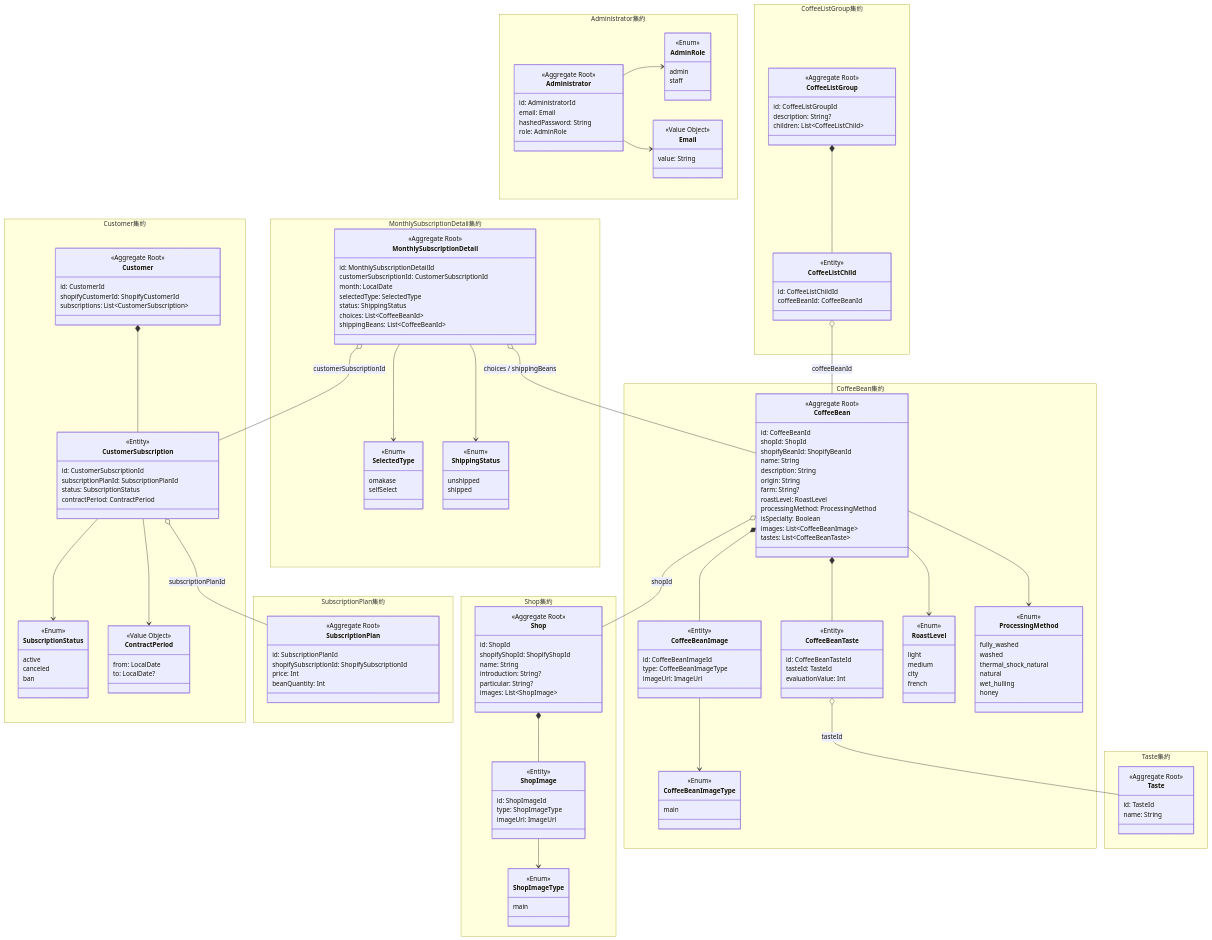
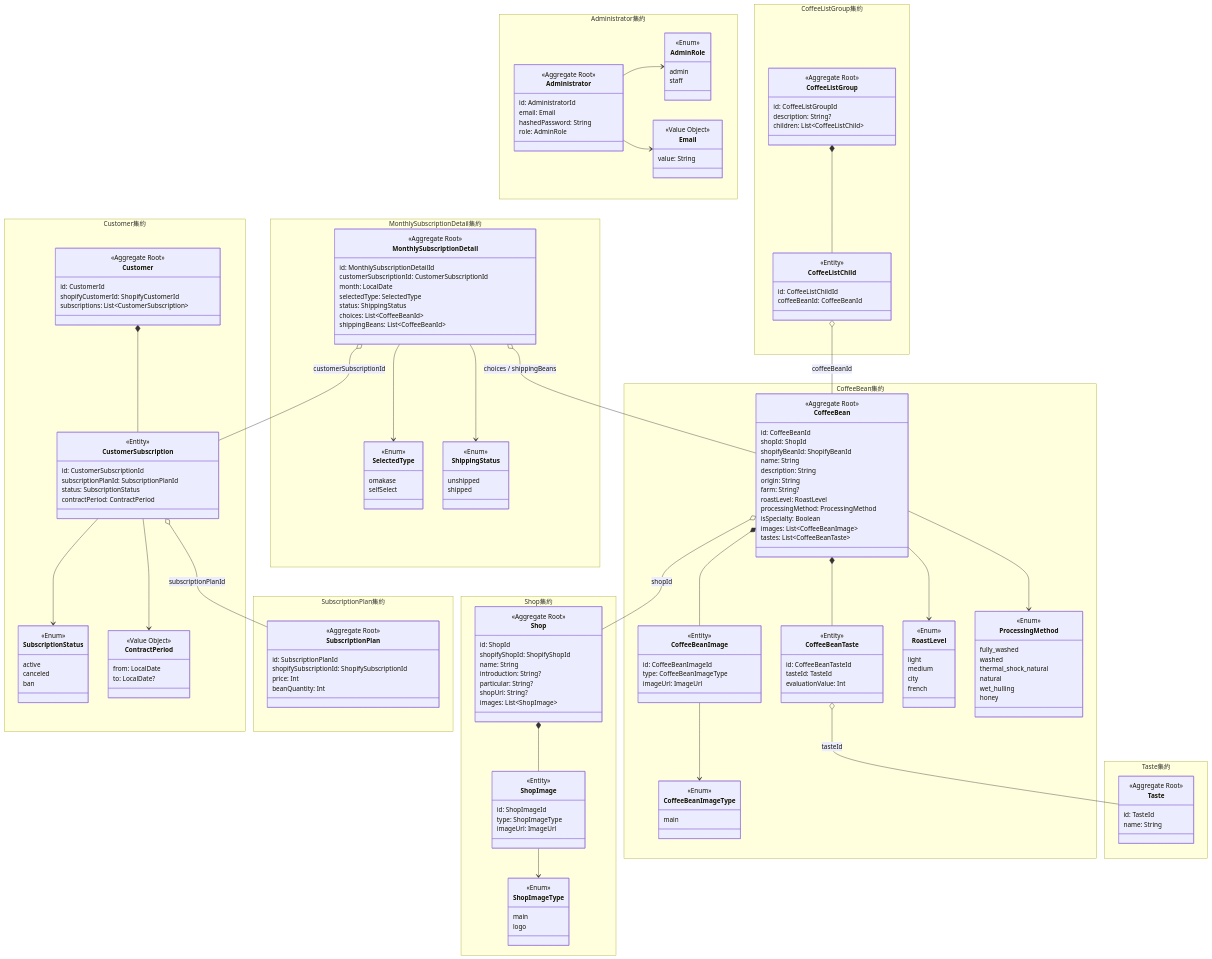
Before and after one commit to LibraryOfCoffee/libraryOfCoffee: the diagram in backend/docs/domainModel.md, drawn with Mermaid. The commit also changed 33 other files, not shown here.

```diff
--- a/backend/docs/domainModel.md
+++ b/backend/docs/domainModel.md
@@ -124,6 +124,7 @@
       name: String
       introduction: String?
       particular: String?
+      shopUrl: String?
       images: List~ShopImage~
     }
 
@@ -137,6 +138,7 @@
     class ShopImageType {
       <<Enum>>
       main
+      logo
     }
   }
 
```
